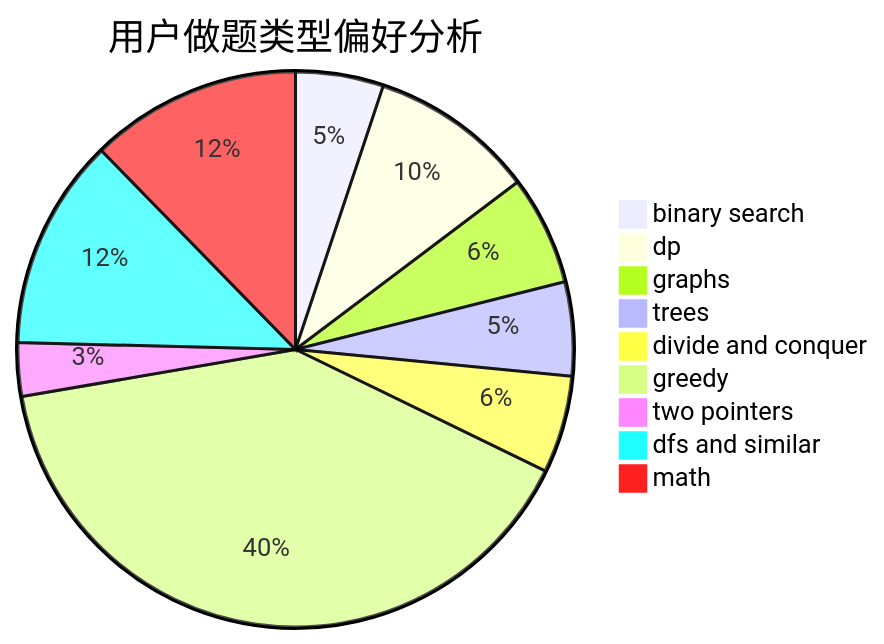
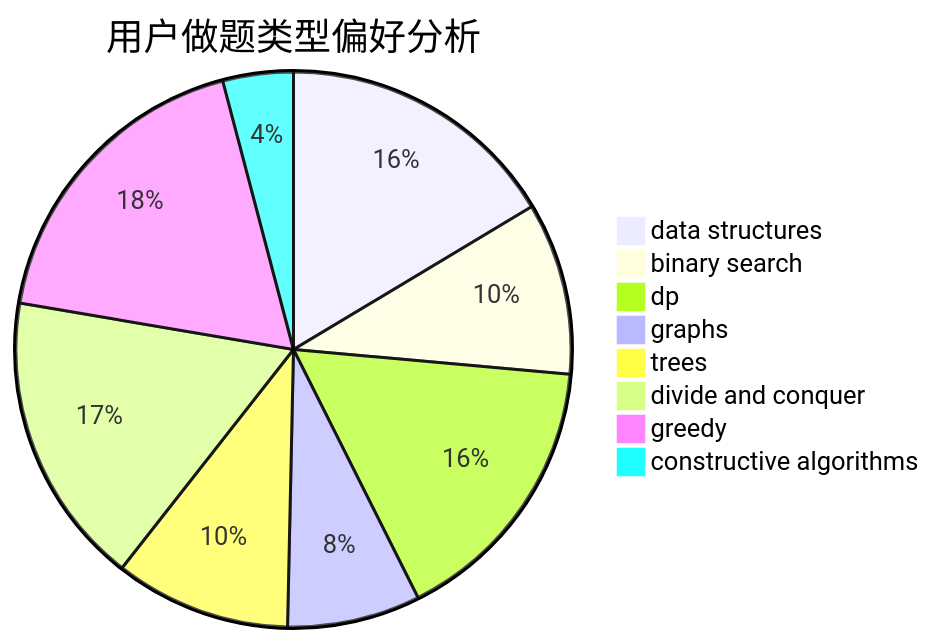
The second of 3 diagrams in docs/user/u1194.md (sherpahu/cfrs.github.io), drawn with Mermaid before and after one commit. The commit also changed other lines of this file and 2775 other files, not shown here.

````diff
--- a/docs/user/u1194.md
+++ b/docs/user/u1194.md
@@ -23,12 +23,11 @@
 ```mermaid
 pie title 用户做题类型偏好分析
-    "binary search" :  74
-    "dp" :  139
-    "graphs" :  92
-    "trees" :  79
-    "divide and conquer" :  82
-    "greedy" :  580
-    "two pointers" :  45
-    "dfs and similar" :  178
-    "math" :  178
+    "data structures" :  72
+    "binary search" :  44
+    "dp" :  71
+    "graphs" :  34
+    "trees" :  45
+    "divide and conquer" :  75
+    "greedy" :  80
+    "constructive algorithms" :  18
 ```
````
